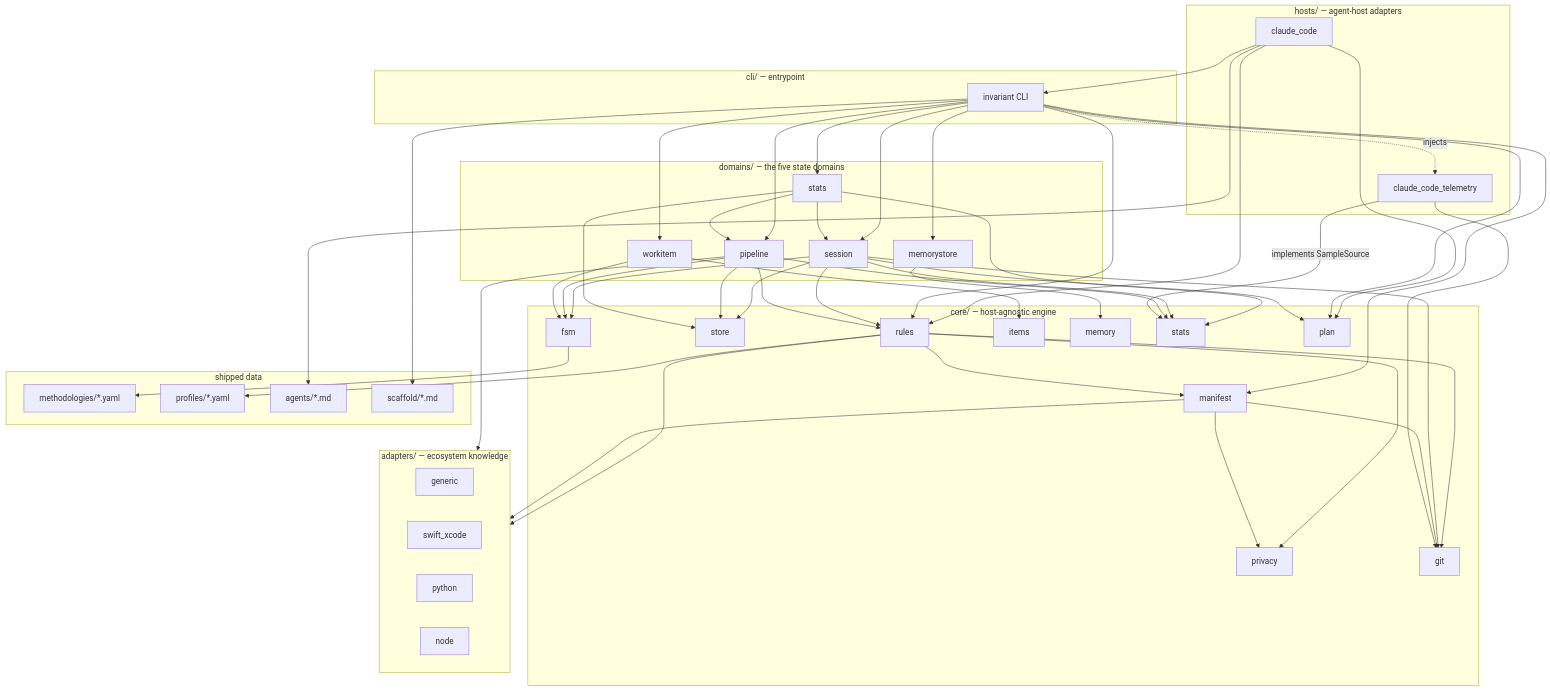
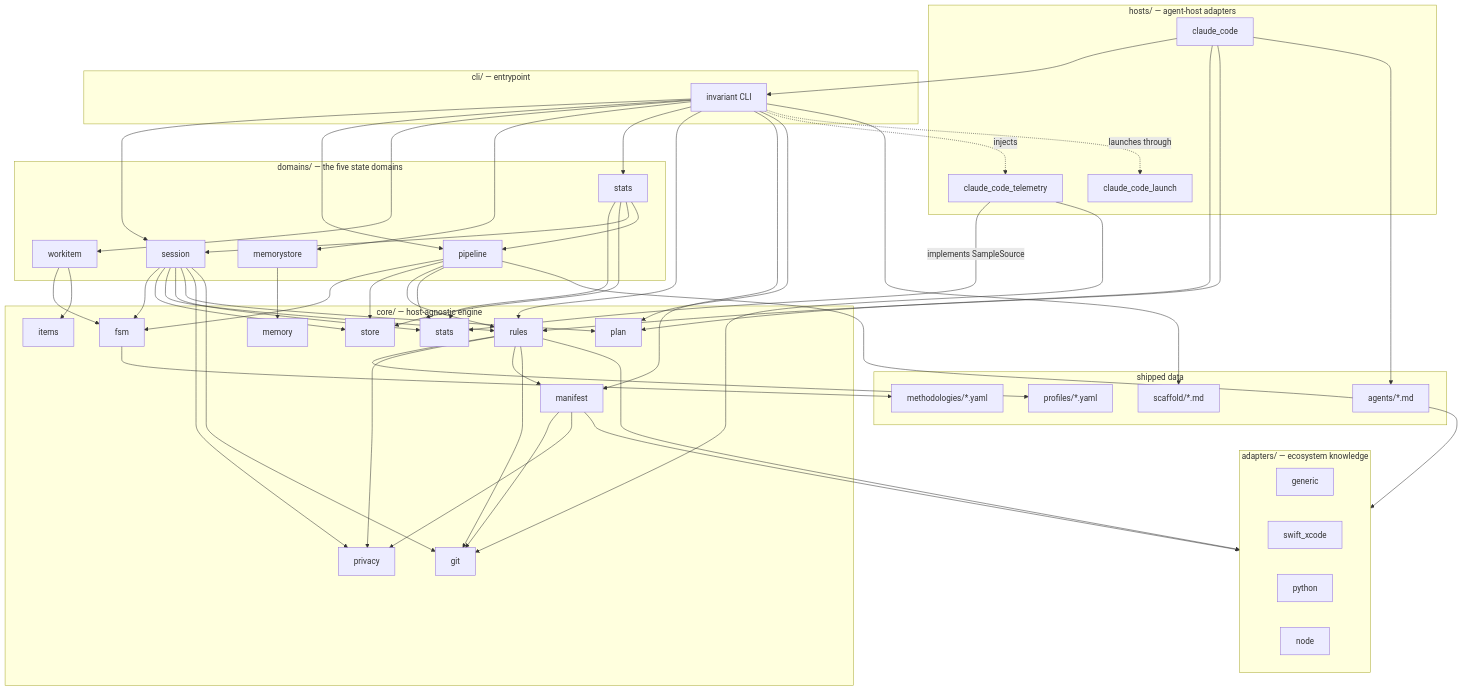
The first of 3 diagrams in docs/architecture/overview.md (Mindchallenges/Invariant), drawn with Mermaid before and after one commit. The commit also changed other lines of this file and 9 other files, not shown here.

First line of the commit message:
session handoff — record a vetted note and launch the successor host session

```diff
--- a/docs/architecture/overview.md
+++ b/docs/architecture/overview.md
@@ -14,6 +14,7 @@
     subgraph host["hosts/ — agent-host adapters"]
         CC[claude_code]
         CCTEL[claude_code_telemetry]
+        CCLAUNCH[claude_code_launch]
     end
 
     subgraph cli["cli/ — entrypoint"]
@@ -67,6 +68,7 @@
     CLI --> MANIFEST
     CLI --> PLAN
     CLI -. injects .-> CCTEL
+    CLI -. launches through .-> CCLAUNCH
 
     SESSION --> FSM
     PIPELINE --> FSM
@@ -83,6 +85,7 @@
     STATSDOMAIN --> PIPELINE
     SESSION --> STATS
     SESSION --> PLAN
+    SESSION --> PRIVACY
     PIPELINE --> STATS
     CCTEL -- implements SampleSource --> STATS
 
```
